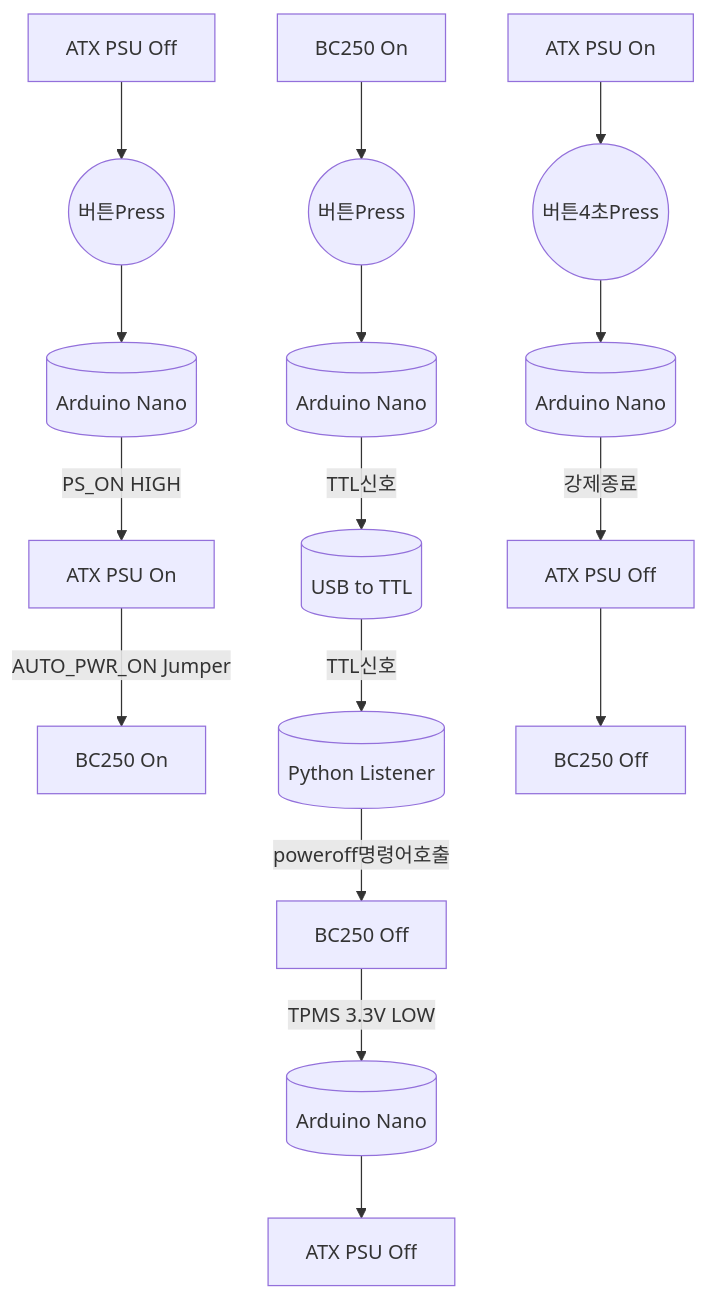
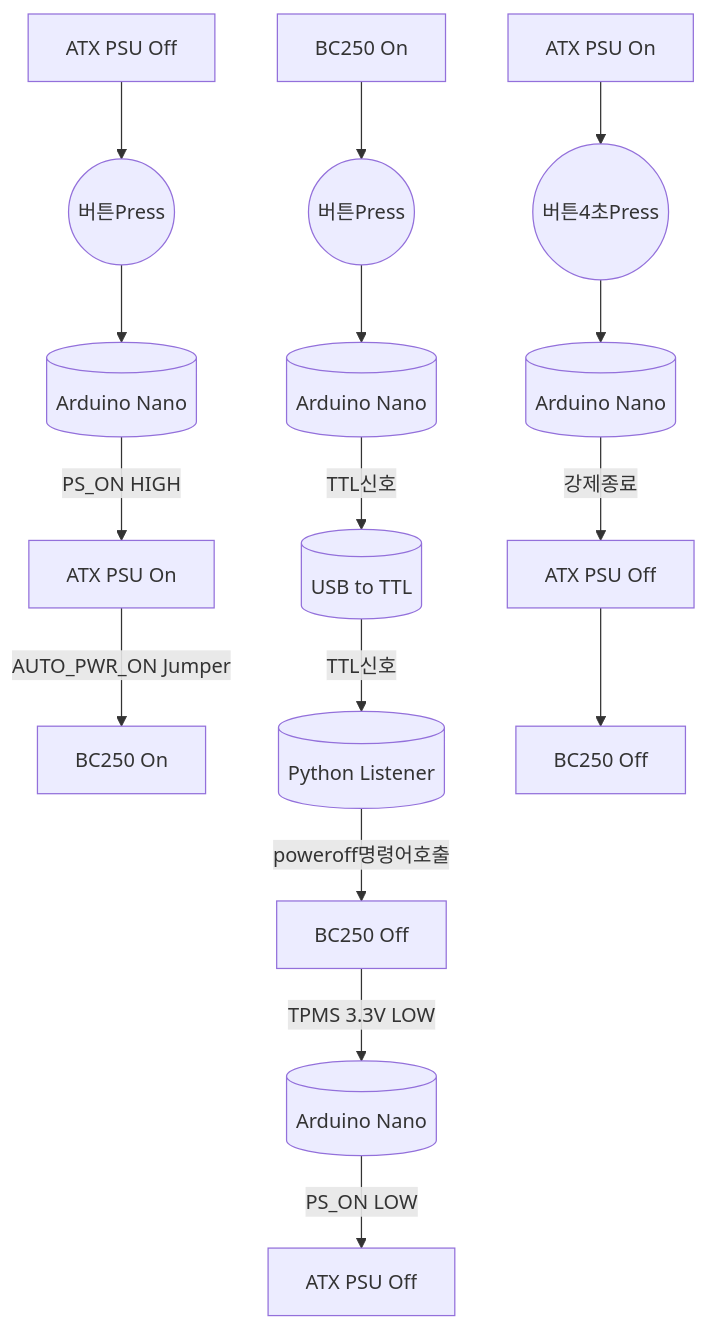
The first of 2 diagrams in README.md (coolsolgit/BC250-ATX-PSU-Control), drawn with Mermaid before and after one commit.

Commit message:
Update signal description in README.md

````diff
--- a/README.md
+++ b/README.md
@@ -24,18 +24,18 @@
 ```mermaid
 flowchart TD
 A1[ATX PSU Off] --> B1((버튼Press))
   B1 --> C1[(Arduino Nano)]
   C1 -->|PS_ON HIGH| D1[ATX PSU On]
   D1 -->|AUTO_PWR_ON Jumper| E1[BC250 On]
 A2[BC250 On] --> B2((버튼Press))
   B2 --> C2[(Arduino Nano)]
   C2 -->|TTL신호| D2[(USB to TTL)]
   D2 -->|TTL신호| E2[(Python Listener)]
   E2 -->|poweroff명령어호출| F2[BC250 Off]
   F2 -->|TPMS 3.3V LOW| G2[(Arduino Nano)]
-  G2 --> H2[ATX PSU Off]
+  G2 -->|PS_ON LOW| H2[ATX PSU Off]
 A3[ATX PSU On] --> B3((버튼4초Press))
   B3 --> C3[(Arduino Nano)]
   C3 -->|강제종료| D3[ATX PSU Off]
   D3 --> E3[BC250 Off]
 ```
````
